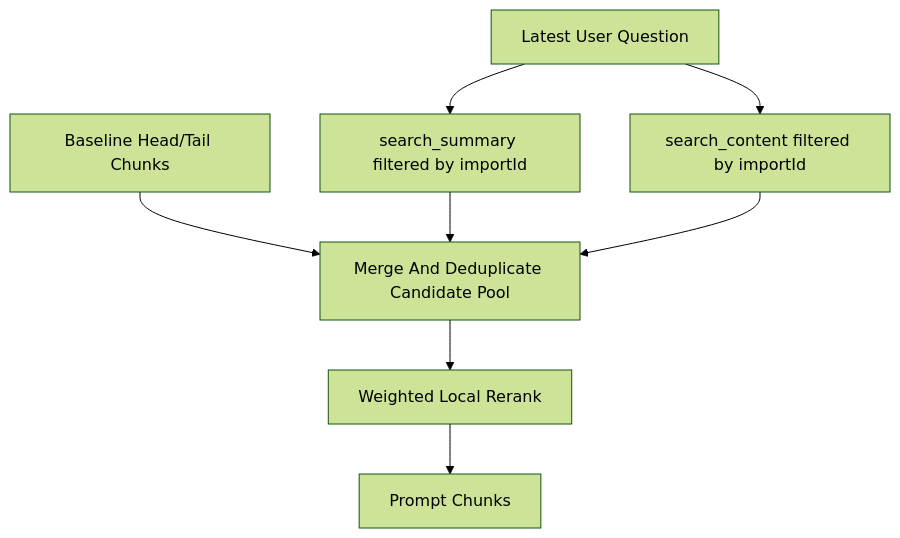
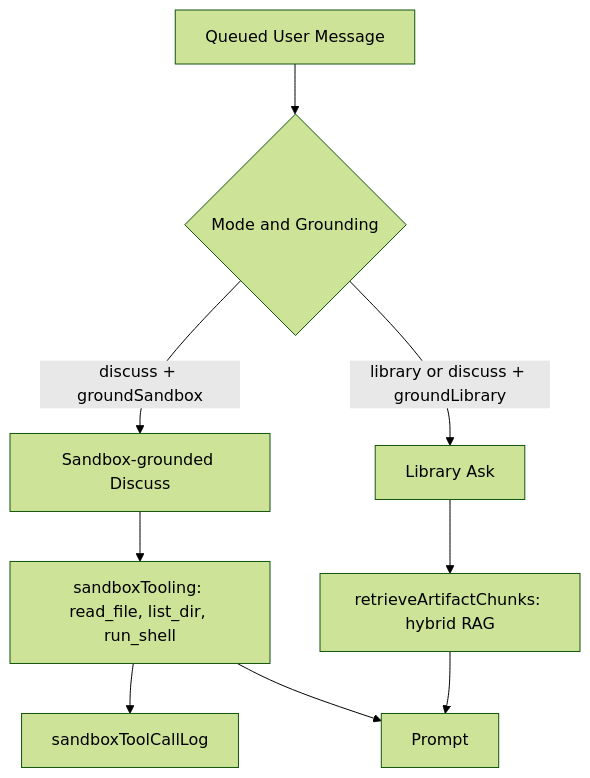
The diagram in docs/chat-context-retrieval-system-design.md (EricTsai83/systify), drawn with Mermaid (forest theme) before and after one commit. The commit also changed other lines of this file and 31 other files, not shown here.

````diff
--- a/docs/chat-context-retrieval-system-design.md
+++ b/docs/chat-context-retrieval-system-design.md
@@ -38,17 +19,18 @@
 ```mermaid
 flowchart TD
-  Q[Latest User Question]
-  B[Baseline Head/Tail Chunks]
-  SS[search_summary filtered by importId]
-  SC[search_content filtered by importId]
-  M[Merge And Deduplicate Candidate Pool]
-  R[Weighted Local Rerank]
-  P[Prompt Chunks]
+  Q[Queued User Message]
+  M{Mode and Grounding}
+  S[Sandbox-grounded Discuss]
+  L[Library Ask]
+  T[sandboxTooling: read_file, list_dir, run_shell]
+  A[retrieveArtifactChunks: hybrid RAG]
+  Audit[sandboxToolCallLog]
+  P[Prompt]
 
-  Q --> SS
-  Q --> SC
-  B --> M
-  SS --> M
-  SC --> M
-  M --> R --> P
+  Q --> M
+  M -->|discuss + groundSandbox| S
+  M -->|library or discuss + groundLibrary| L
+  S --> T --> Audit
+  T --> P
+  L --> A --> P
 ```
````
